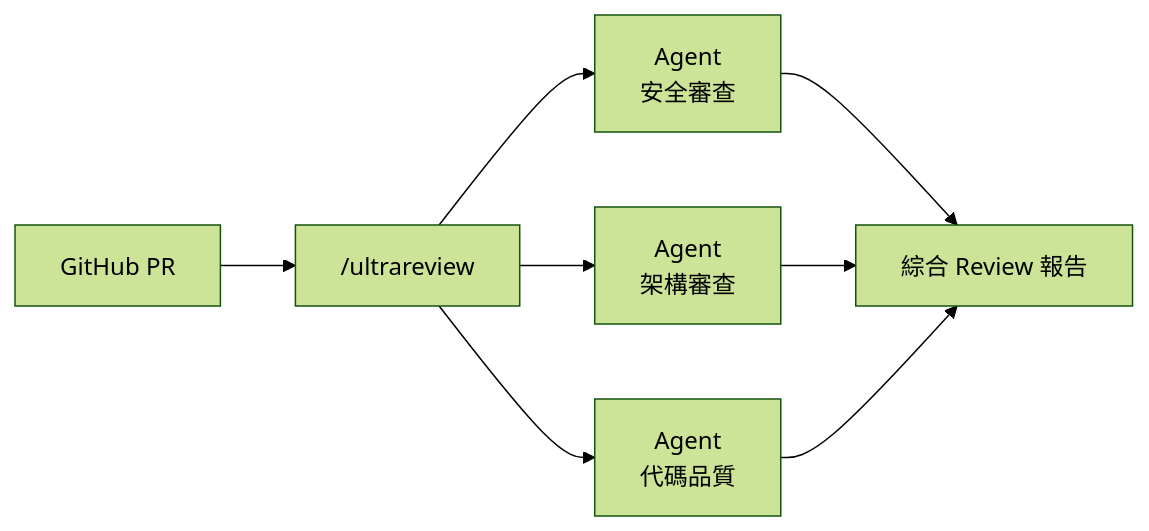
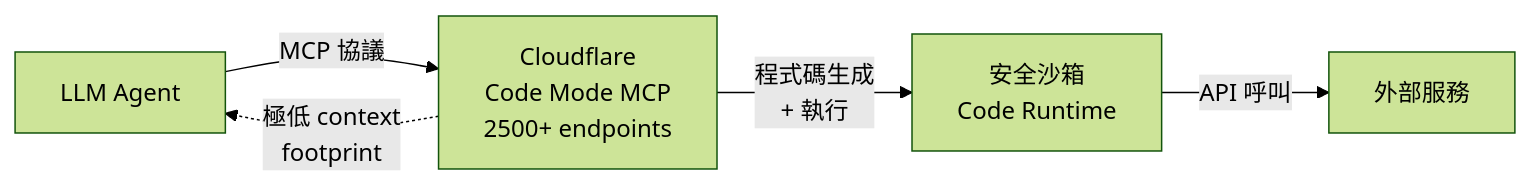
The second of 2 diagrams in 20-daily/2026-04-16.md (nick-xrex/ai-daily-content), drawn with Mermaid (forest theme) before and after one commit. The commit also changed other lines of this file and 492 other files, not shown here.

````diff
--- a/20-daily/2026-04-16.md
+++ b/20-daily/2026-04-16.md
@@ -63,8 +71,7 @@
 ```mermaid
 flowchart LR
-    PR["GitHub PR"] --> UR["/ultrareview"]
-    UR --> A1["Agent\n安全審查"]
-    UR --> A2["Agent\n架構審查"]
-    UR --> A3["Agent\n代碼品質"]
-    A1 & A2 & A3 --> R["綜合 Review 報告"]
+  Agent["LLM Agent"] -->|"MCP 協議"| CF["Cloudflare\nCode Mode MCP\n2500+ endpoints"]
+  CF -->|"程式碼生成\n+ 執行"| SB["安全沙箱\nCode Runtime"]
+  SB -->|"API 呼叫"| Ext["外部服務"]
+  CF -.->|"極低 context\nfootprint"| Agent
 ```
````
